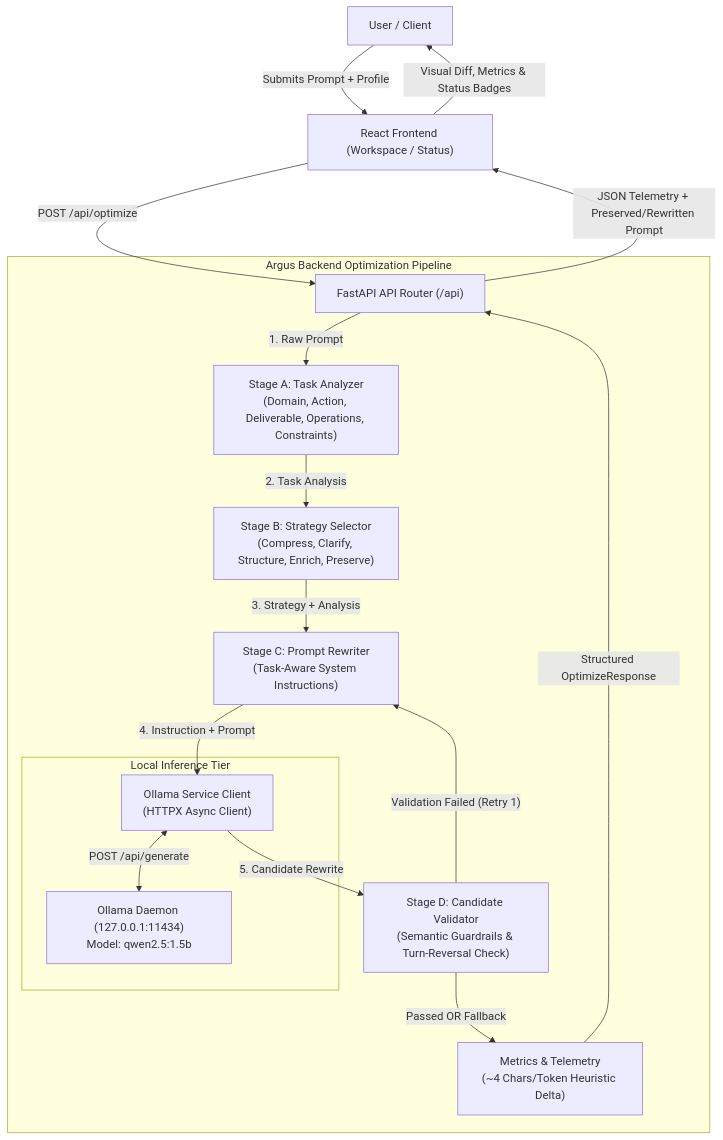
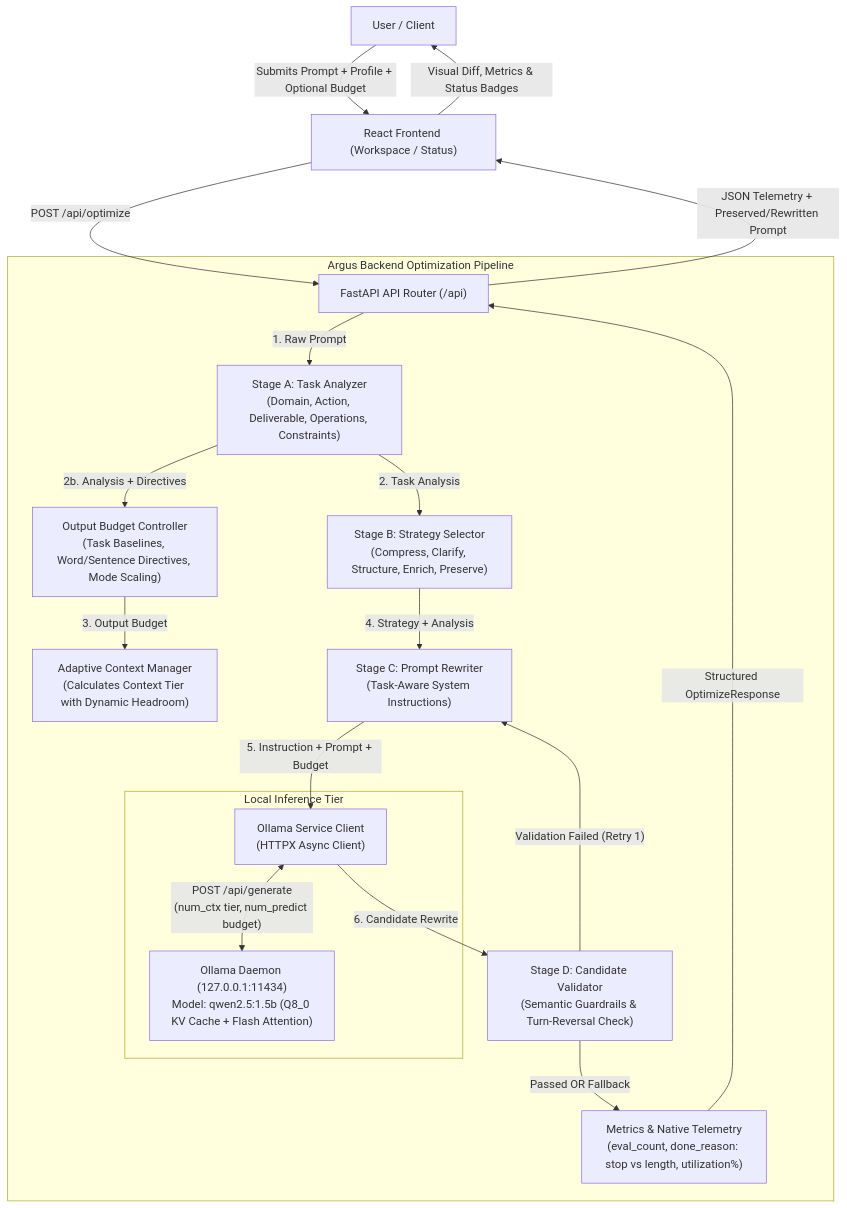
Before and after one commit to MK-KOUSHIK/argus: the first of 2 diagrams in docs/architecture.md, drawn with Mermaid. The commit also changed other lines of this file and 17 other files, not shown here.

Commit message:
feat: implement end-to-end output budget control with native Ollama telemetry

````diff
--- a/docs/architecture.md
+++ b/docs/architecture.md
@@ -9,25 +9,28 @@
 ```mermaid
 graph TD
-    User["User / Client"] -->|"Submits Prompt + Profile"| ReactApp["React Frontend (Workspace / Status)"]
+    User["User / Client"] -->|"Submits Prompt + Profile + Optional Budget"| ReactApp["React Frontend (Workspace / Status)"]
     ReactApp -->|"POST /api/optimize"| APIRouter["FastAPI API Router (/api)"]
 
     subgraph BackendPipeline["Argus Backend Optimization Pipeline"]
         APIRouter -->|"1. Raw Prompt"| TaskAnalyzer["Stage A: Task Analyzer<br/>(Domain, Action, Deliverable, Operations, Constraints)"]
         TaskAnalyzer -->|"2. Task Analysis"| StrategySelector["Stage B: Strategy Selector<br/>(Compress, Clarify, Structure, Enrich, Preserve)"]
-        StrategySelector -->|"3. Strategy + Analysis"| PromptRewriter["Stage C: Prompt Rewriter<br/>(Task-Aware System Instructions)"]
-        PromptRewriter -->|"4. Instruction + Prompt"| OllamaService["Ollama Service Client<br/>(HTTPX Async Client)"]
+        TaskAnalyzer -->|"2b. Analysis + Directives"| OutputBudget["Output Budget Controller<br/>(Task Baselines, Word/Sentence Directives, Mode Scaling)"]
+        
+        OutputBudget -->|"3. Output Budget"| AdaptiveContext["Adaptive Context Manager<br/>(Calculates Context Tier with Dynamic Headroom)"]
+        StrategySelector -->|"4. Strategy + Analysis"| PromptRewriter["Stage C: Prompt Rewriter<br/>(Task-Aware System Instructions)"]
+        PromptRewriter -->|"5. Instruction + Prompt + Budget"| OllamaService["Ollama Service Client<br/>(HTTPX Async Client)"]
         
         subgraph LocalInference["Local Inference Tier"]
-            OllamaService <-->|"POST /api/generate"| OllamaServer["Ollama Daemon (127.0.0.1:11434)<br/>Model: qwen2.5:1.5b"]
+            OllamaService <-->|"POST /api/generate<br/>(num_ctx tier, num_predict budget)"| OllamaServer["Ollama Daemon (127.0.0.1:11434)<br/>Model: qwen2.5:1.5b (Q8_0 KV Cache + Flash Attention)"]
         end
 
-        OllamaService -->|"5. Candidate Rewrite"| CandidateValidator["Stage D: Candidate Validator<br/>(Semantic Guardrails & Turn-Reversal Check)"]
+        OllamaService -->|"6. Candidate Rewrite"| CandidateValidator["Stage D: Candidate Validator<br/>(Semantic Guardrails & Turn-Reversal Check)"]
         
         CandidateValidator -->|"Validation Failed (Retry 1)"| PromptRewriter
-        CandidateValidator -->|"Passed OR Fallback"| MetricsEngine["Metrics & Telemetry<br/>(~4 Chars/Token Heuristic Delta)"]
+        CandidateValidator -->|"Passed OR Fallback"| MetricsEngine["Metrics & Native Telemetry<br/>(eval_count, done_reason: stop vs length, utilization%)"]
     end
 
     MetricsEngine -->|"Structured OptimizeResponse"| APIRouter
     APIRouter -->|"JSON Telemetry + Preserved/Rewritten Prompt"| ReactApp
     ReactApp -->|"Visual Diff, Metrics & Status Badges"| User
 ```
````
